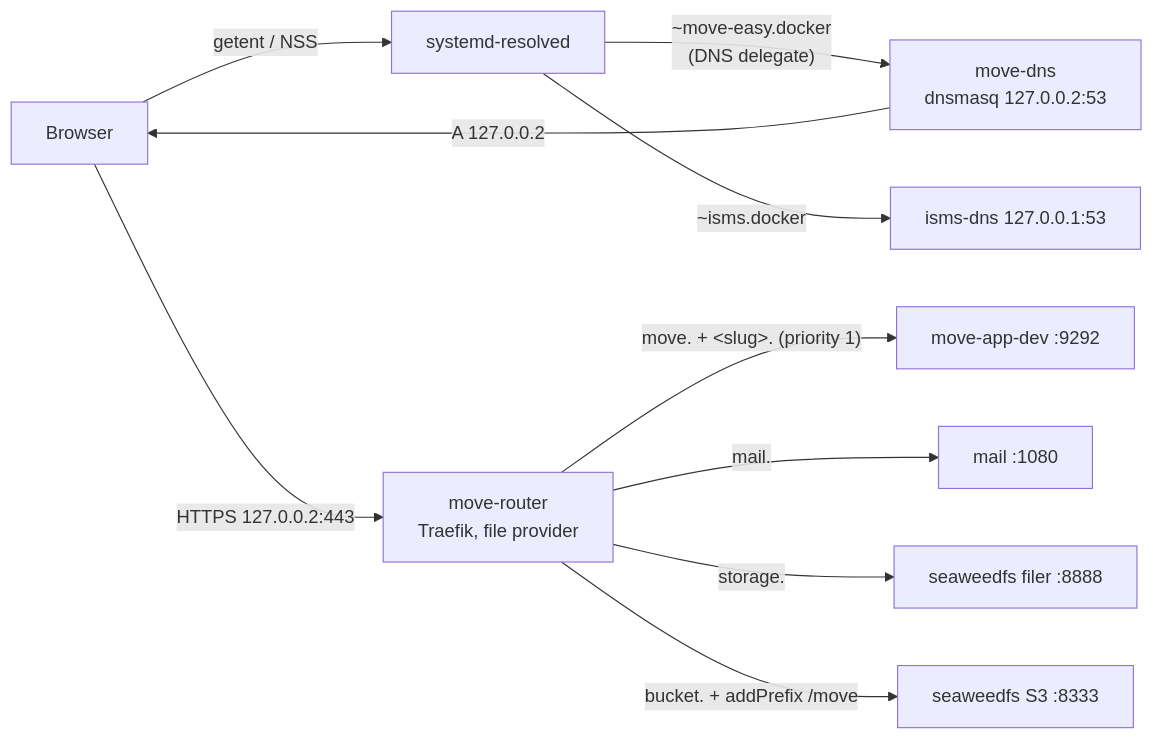
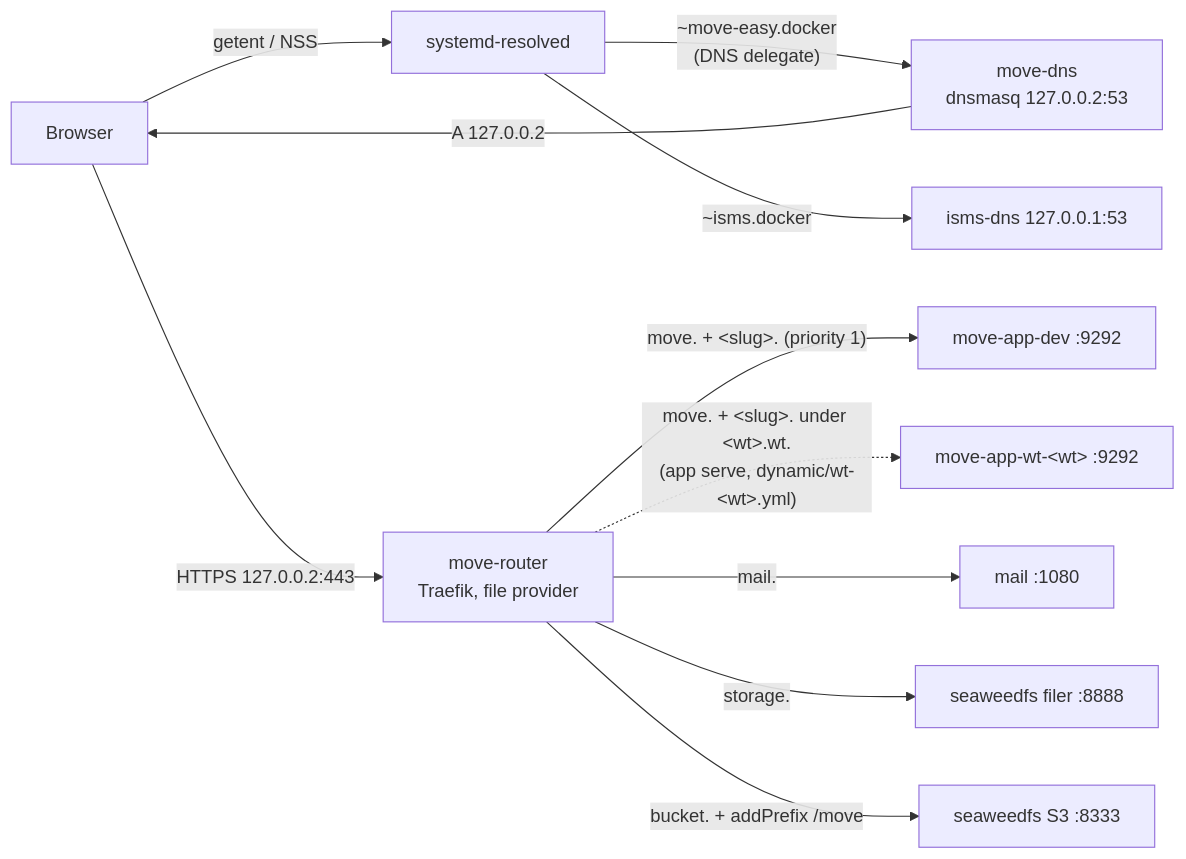
One commit to joel/move changed the first of 5 diagrams in doc/project/local-edge.md. Above: the diagram before and after it, drawn with Mermaid. The commit also changed other lines of this file and 17 other files, not shown here.

````diff
--- a/doc/project/local-edge.md
+++ b/doc/project/local-edge.md
@@ -17,12 +17,13 @@
 ```mermaid
 flowchart LR
   B["Browser"] -->|"getent / NSS"| R["systemd-resolved"]
   R -->|"~move-easy.docker<br/>(DNS delegate)"| D["move-dns<br/>dnsmasq 127.0.0.2:53"]
   R -->|"~isms.docker"| I["isms-dns 127.0.0.1:53"]
   D -->|"A 127.0.0.2"| B
   B -->|"HTTPS 127.0.0.2:443"| T["move-router<br/>Traefik, file provider"]
   T -->|"move. + &lt;slug&gt;. (priority 1)"| A["move-app-dev :9292"]
+  T -.->|"move. + &lt;slug&gt;. under &lt;wt&gt;.wt.<br/>(app serve, dynamic/wt-&lt;wt&gt;.yml)"| WT["move-app-wt-&lt;wt&gt; :9292"]
   T -->|"mail."| M["mail :1080"]
   T -->|"storage."| W["seaweedfs filer :8888"]
   T -->|"bucket. + addPrefix /move"| S["seaweedfs S3 :8333"]
 ```
````
